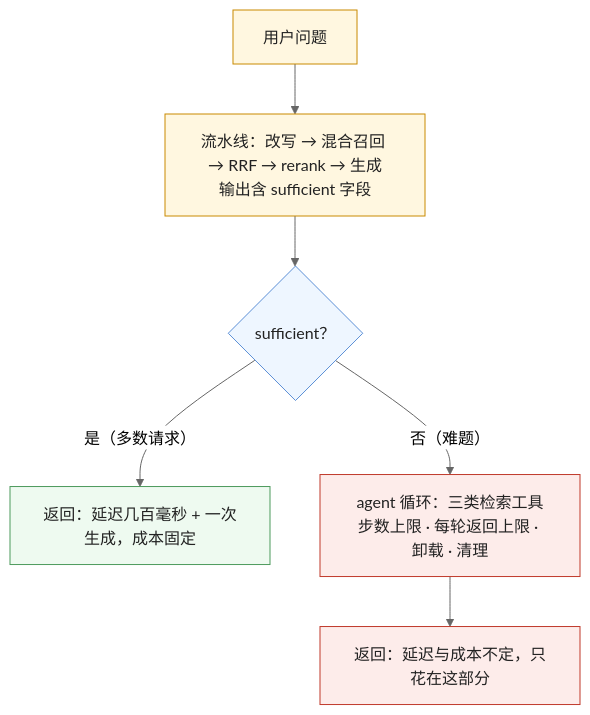
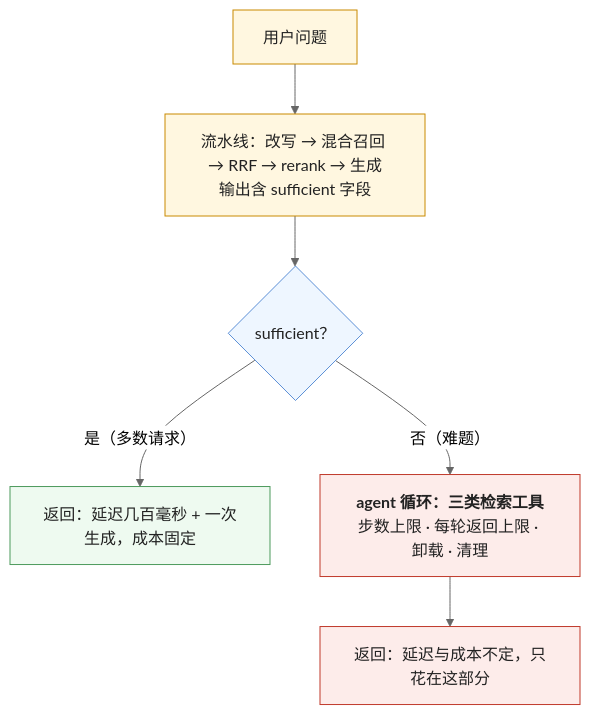
Before and after one commit to arganzheng/arganzheng.github.com: the fifth of 5 diagrams in _posts/2026-10-17-from-rag-pipelines-to-agentic-retrieval.md, drawn with Mermaid (neutral theme). The commit also changed other lines of this file and 7 other files, not shown here.

First line of the commit message:
检索与知识接入：私域知识怎么进入模型：Mermaid 多行方框的首行标为标题（8 篇）

````diff
--- a/_posts/2026-10-17-from-rag-pipelines-to-agentic-retrieval.md
+++ b/_posts/2026-10-17-from-rag-pipelines-to-agentic-retrieval.md
@@ -216,17 +216,17 @@
 ```mermaid
 %% 图：级联——流水线做默认路径（一次改写 + 混合检索 + rerank + 生成，结构化输出里带 sufficient 字段），自检够了直接返回；不够才升级到 agent 循环（有步数上限、卸载、清理），把不定的成本只花在难题上；大多数请求走上面那条便宜可预测的路
 flowchart TB
     Q["用户问题"] --> P["流水线：改写 → 混合召回 → RRF → rerank → 生成<br/>输出含 sufficient 字段"]
     P --> C{"sufficient？"}
     C -->|"是（多数请求）"| A1["返回：延迟几百毫秒 + 一次生成，成本固定"]
-    C -->|"否（难题）"| AG["agent 循环：三类检索工具<br/>步数上限 · 每轮返回上限 · 卸载 · 清理"]
+    C -->|"否（难题）"| AG["<b>agent 循环：三类检索工具</b><br/>步数上限 · 每轮返回上限 · 卸载 · 清理"]
     AG --> A2["返回：延迟与成本不定，只花在这部分"]
     classDef step fill:#fff7e0,stroke:#c98a00,color:#222
     classDef dec fill:#eef6ff,stroke:#5b8fd6,color:#222
     classDef ok fill:#eefaf0,stroke:#4d9a5c,color:#222
     classDef exp fill:#fdecea,stroke:#c0392b,color:#222
     class Q,P step
     class C dec
     class A1 ok
     class AG,A2 exp
 ```
````
